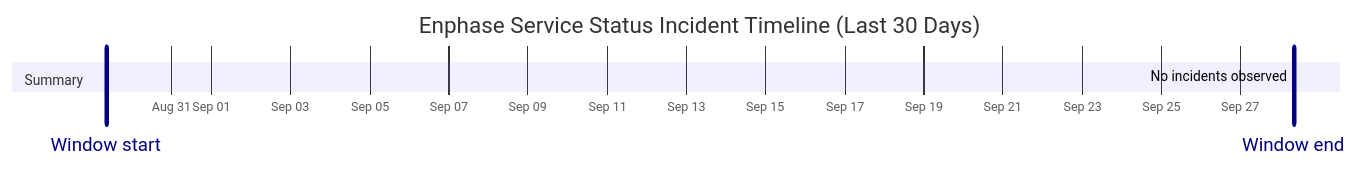
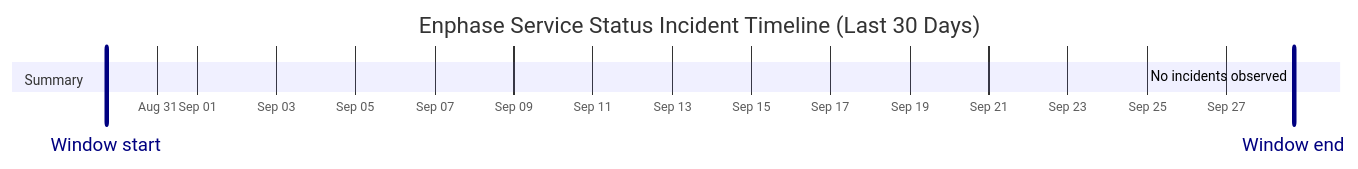
Before and after one commit to barneyonline/ha-enphase-energy: the diagram in wiki/Service-Status-History.md, drawn with Mermaid. The commit also changed other lines of this file and 3 other files, not shown here.

````diff
--- a/wiki/Service-Status-History.md
+++ b/wiki/Service-Status-History.md
@@ -14,10 +14,10 @@
 ```mermaid
 gantt
     title Enphase Service Status Incident Timeline (Last 30 Days)
     dateFormat  YYYY-MM-DDTHH:mm:ss
     axisFormat  %b %d
-    Window start :vert, window-start, 2026-08-29T08:13:53, 0ms
-    Window end :vert, window-end, 2026-09-28T08:13:53, 0ms
+    Window start :vert, window-start, 2026-08-29T16:52:47, 0ms
+    Window end :vert, window-end, 2026-09-28T16:52:47, 0ms
     section Summary
-    No incidents observed :done, 2026-09-28T08:13:53, 1m
+    No incidents observed :done, 2026-09-28T16:52:47, 1m
 ```
````
